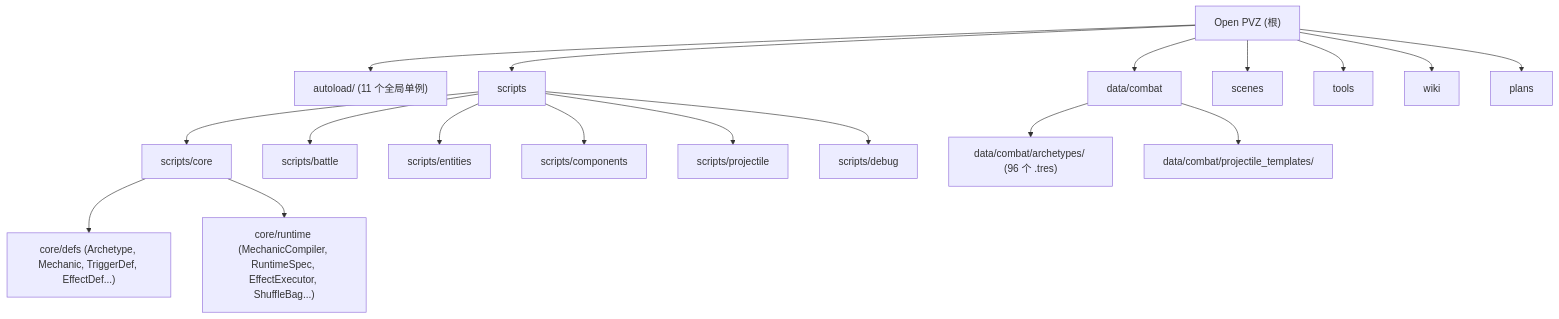
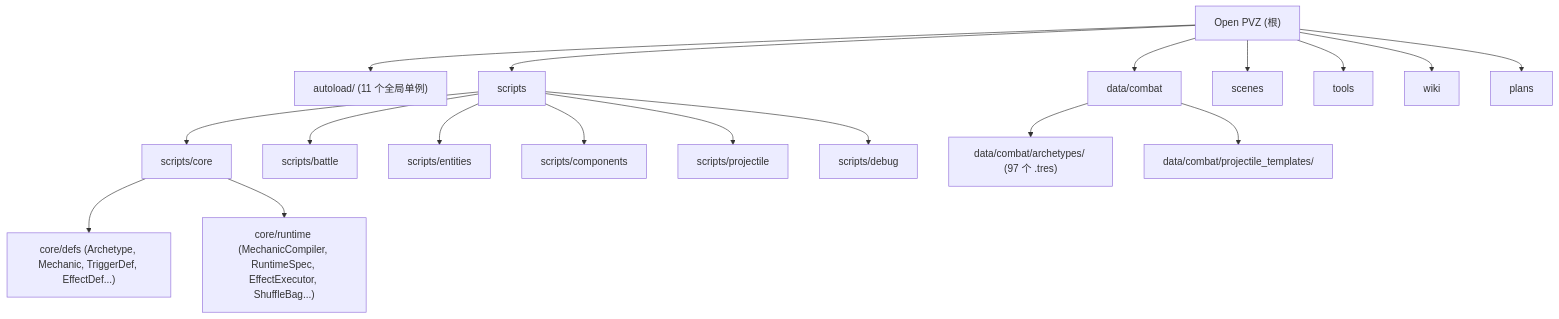
Before and after one commit to Abgetrennter/open_pvz: the diagram in AGENTS.md, drawn with Mermaid. The commit also changed other lines of this file and 21 other files, not shown here.

````diff
--- a/AGENTS.md
+++ b/AGENTS.md
@@ -73,31 +73,31 @@
 ```mermaid
 graph TD
     Root["Open PVZ (根)"] --> Autoload["autoload/ (11 个全局单例)"]
     Root --> Scripts["scripts"]
     Root --> Data["data/combat"]
     Root --> Scenes["scenes"]
     Root --> Tools["tools"]
     Root --> Wiki["wiki"]
     Root --> Plans["plans"]
 
     Scripts --> Core["scripts/core"]
     Scripts --> Battle["scripts/battle"]
     Scripts --> Entities["scripts/entities"]
     Scripts --> Components["scripts/components"]
     Scripts --> Projectile["scripts/projectile"]
     Scripts --> Debug["scripts/debug"]
 
     Core --> CoreDefs["core/defs (Archetype, Mechanic, TriggerDef, EffectDef...)"]
     Core --> CoreRuntime["core/runtime (MechanicCompiler, RuntimeSpec, EffectExecutor, ShuffleBag...)"]
 
-    Data --> Archetypes["data/combat/archetypes/ (96 个 .tres)"]
+    Data --> Archetypes["data/combat/archetypes/ (97 个 .tres)"]
     Data --> Projectiles["data/combat/projectile_templates/"]
 
     click Autoload "./autoload/AGENTS.md" "查看 autoload 模块文档"
     click Core "./scripts/core/AGENTS.md" "查看 core 模块文档"
     click Battle "./scripts/battle/AGENTS.md" "查看 battle 模块文档"
     click Entities "./scripts/entities/AGENTS.md" "查看 entities 模块文档"
     click Components "./scripts/components/AGENTS.md" "查看 components 模块文档"
     click Projectile "./scripts/projectile/AGENTS.md" "查看 projectile 模块文档"
     click Data "./data/combat/AGENTS.md" "查看 data/combat 模块文档"
 ```
````
